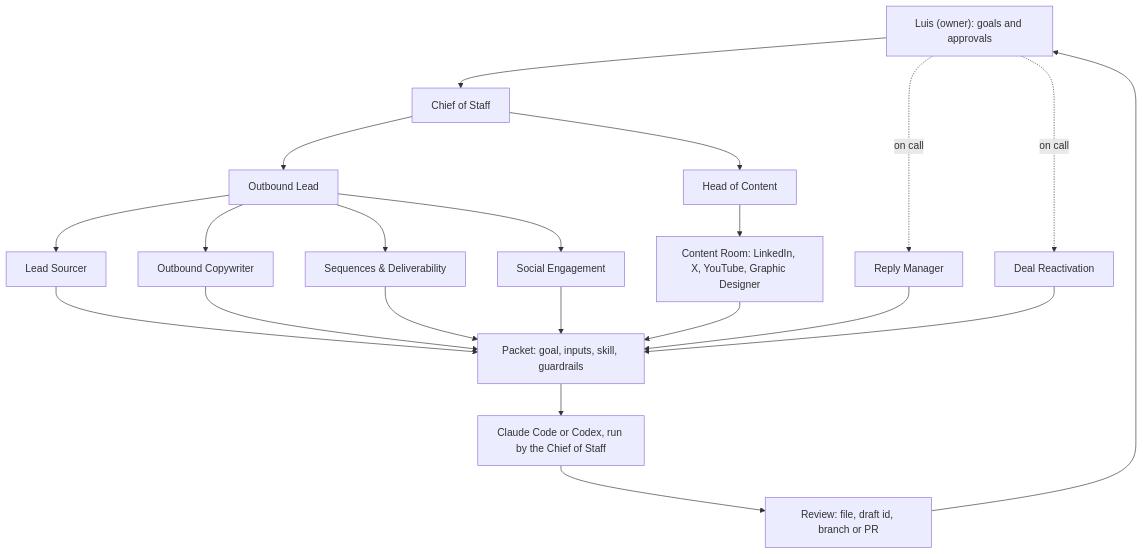
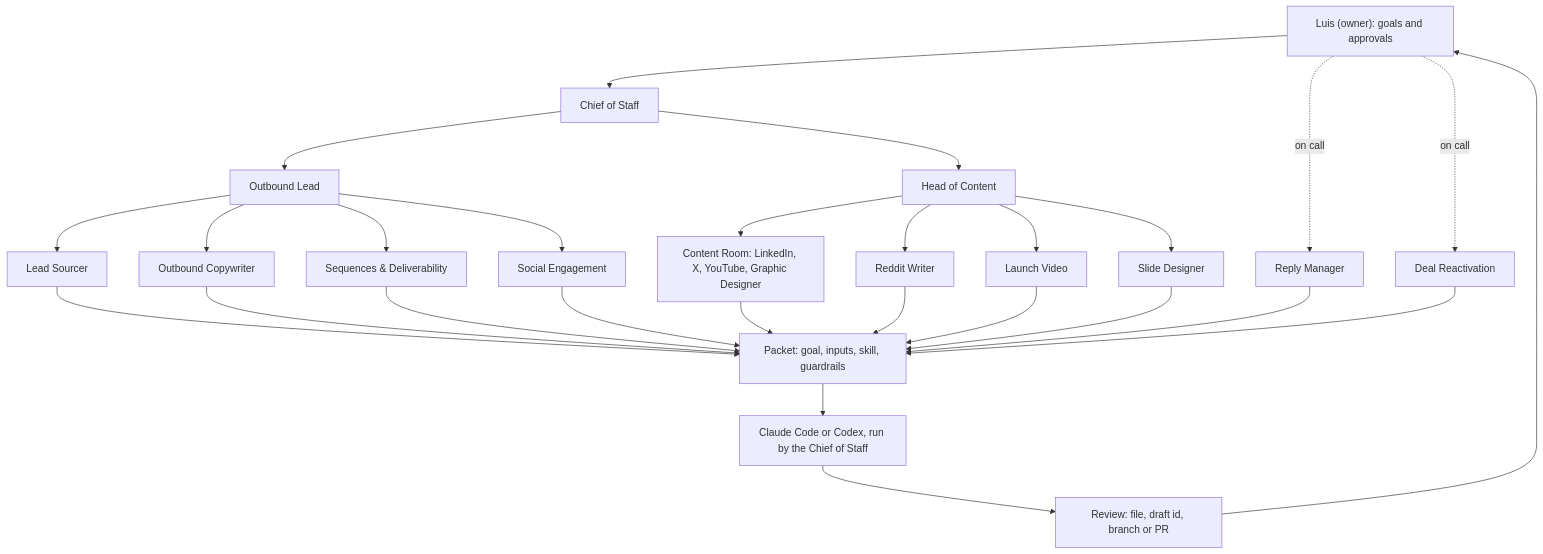
The diagram in README.md (luisfigueroavale/dreamstate-gtm-team), drawn with Mermaid before and after one commit. The commit also changed other lines of this file and 8 other files, not shown here.

First line of the commit message:
Add Reddit Writer, Launch Video, and Slide Designer seats (#8)

````diff
--- a/README.md
+++ b/README.md
@@ -46,12 +49,13 @@
 ```mermaid
 flowchart TD
   O["Luis (owner): goals and approvals"] --> CoS[Chief of Staff]
   O -. on call .-> RM[Reply Manager] & DR[Deal Reactivation]
   CoS --> OL[Outbound Lead] & HC[Head of Content]
   OL --> LS[Lead Sourcer] & OC[Outbound Copywriter] & SD[Sequences & Deliverability] & SE[Social Engagement]
   HC --> CR["Content Room: LinkedIn, X, YouTube, Graphic Designer"]
-  LS & OC & SD & SE & CR & RM & DR --> P["Packet: goal, inputs, skill, guardrails"]
+  HC --> RW[Reddit Writer] & LV[Launch Video] & SL[Slide Designer]
+  LS & OC & SD & SE & CR & RW & LV & SL & RM & DR --> P["Packet: goal, inputs, skill, guardrails"]
   P --> CC["Claude Code or Codex, run by the Chief of Staff"]
   CC --> R["Review: file, draft id, branch or PR"]
   R --> O
 ```
````
